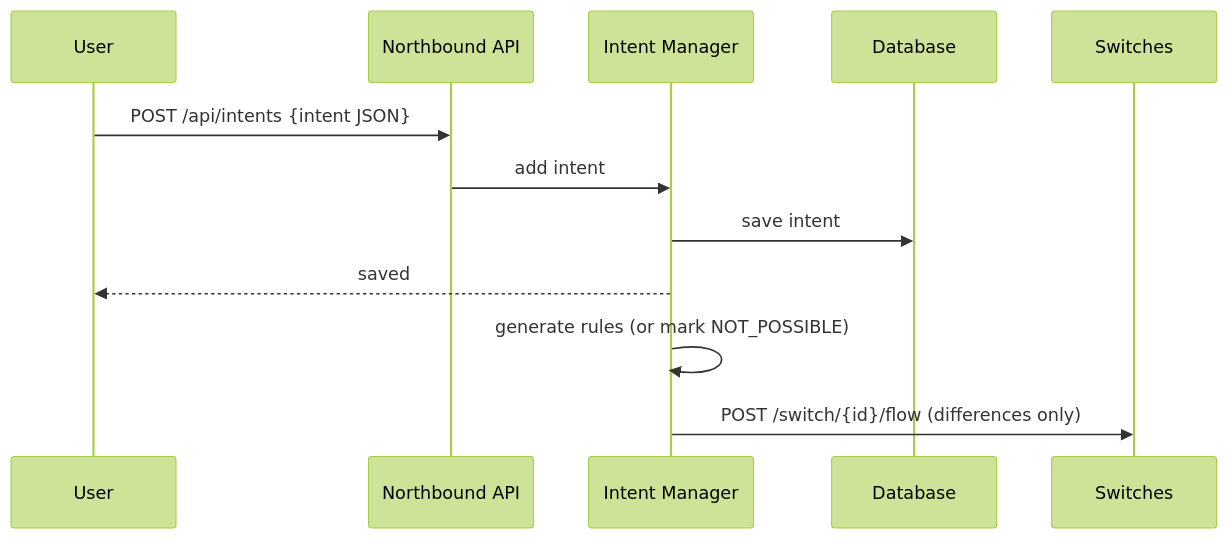
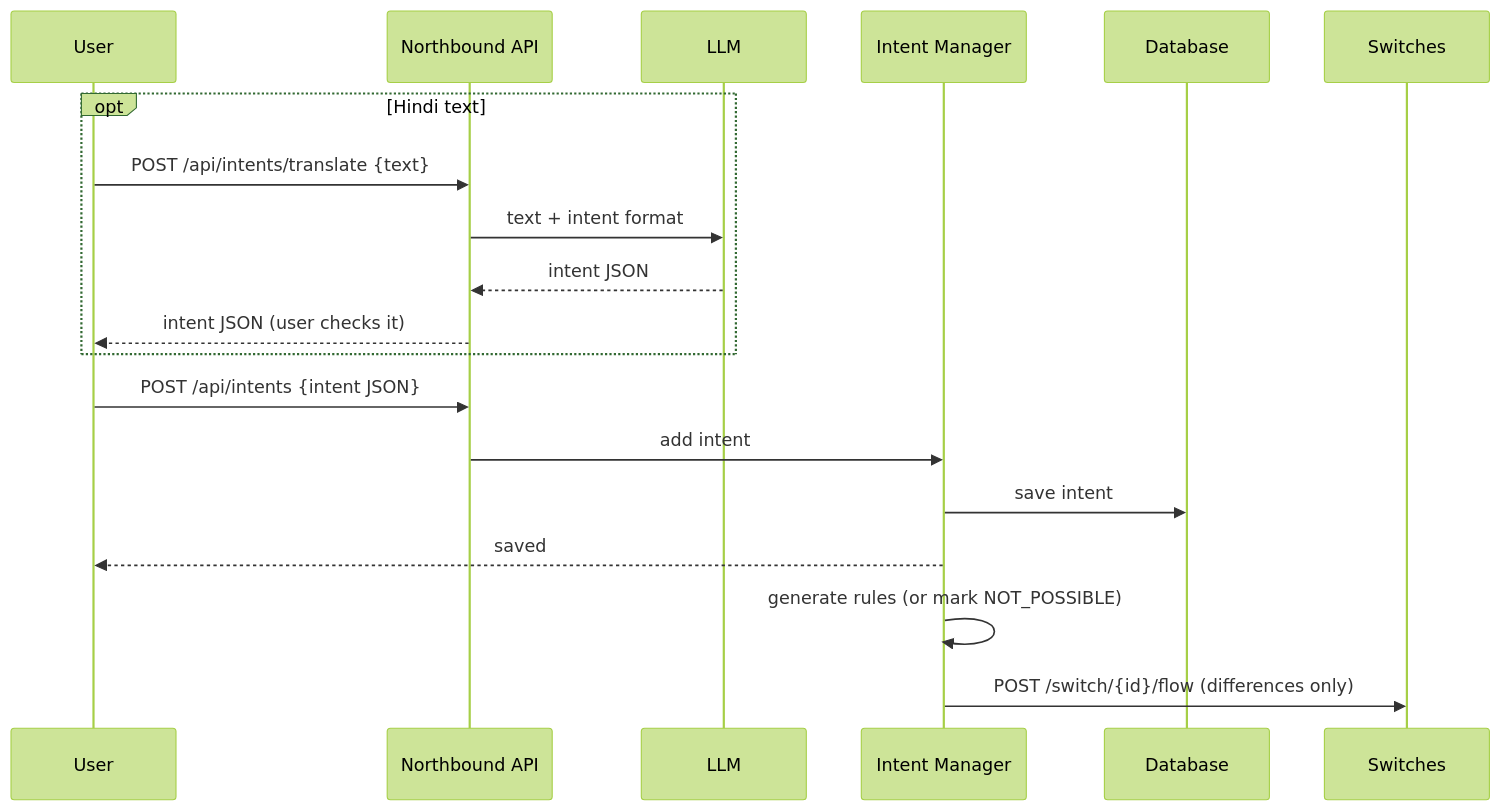
One commit to raghavsarna/orion changed the sixth of 9 diagrams in docs/ORION_DESIGN.md. Above: the diagram before and after it, drawn with Mermaid (forest theme). The commit also changed other lines of this file and 28 other files, not shown here.

````diff
--- a/docs/ORION_DESIGN.md
+++ b/docs/ORION_DESIGN.md
@@ -323,15 +325,22 @@
 ```mermaid
 sequenceDiagram
     participant U as User
     participant NB as Northbound API
+    participant LLM as LLM
     participant IM as Intent Manager
     participant DB as Database
     participant SW as Switches
 
+    opt Hindi text
+        U->>NB: POST /api/intents/translate {text}
+        NB->>LLM: text + intent format
+        LLM-->>NB: intent JSON
+        NB-->>U: intent JSON (user checks it)
+    end
     U->>NB: POST /api/intents {intent JSON}
     NB->>IM: add intent
     IM->>DB: save intent
     IM-->>U: saved
     IM->>IM: generate rules (or mark NOT_POSSIBLE)
     IM->>SW: POST /switch/{id}/flow (differences only)
 ```
````
